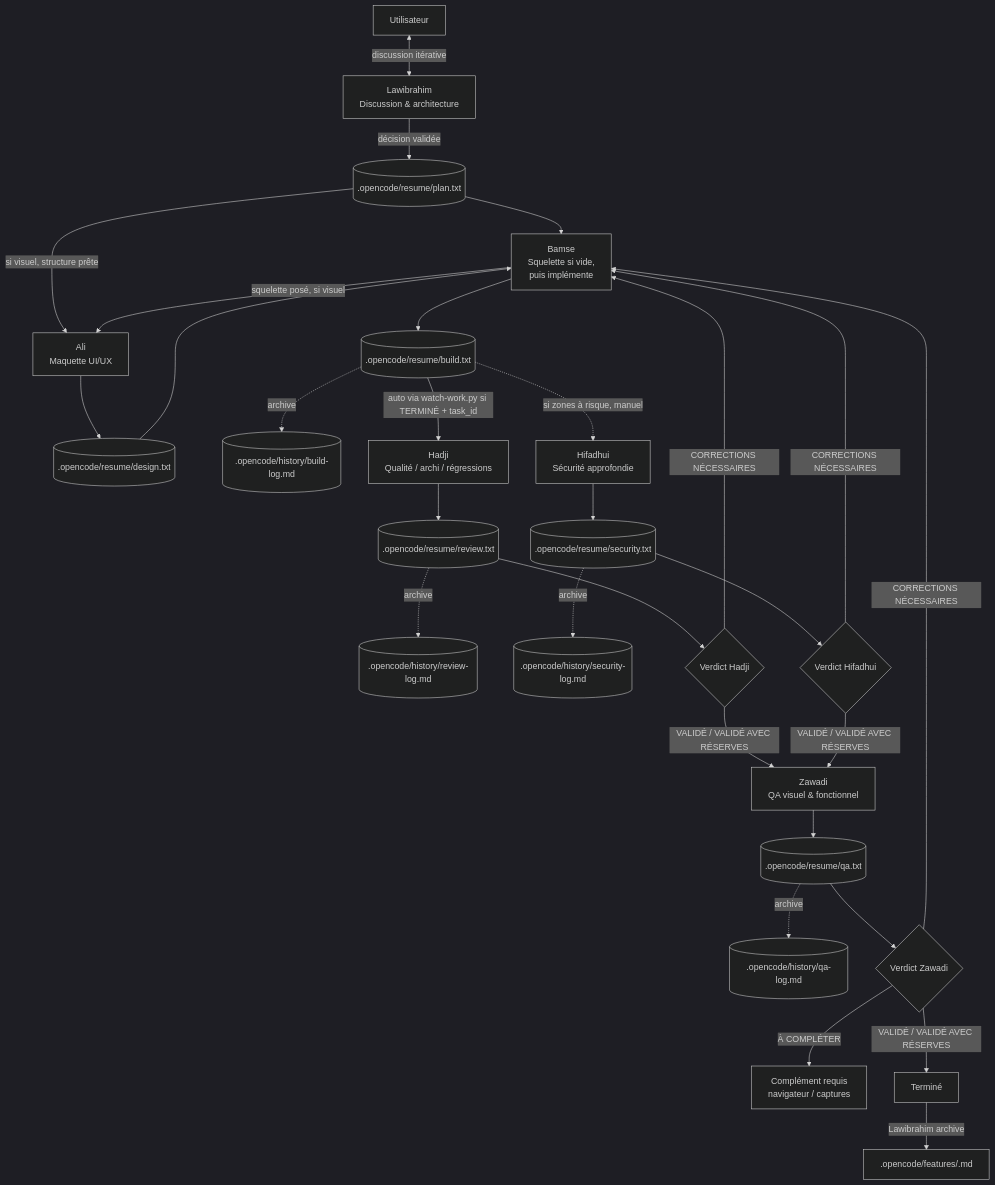
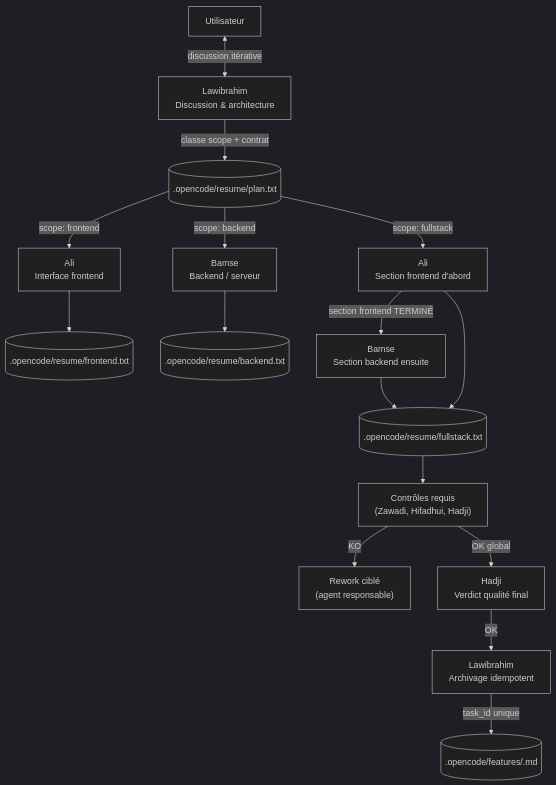
Before and after one commit to sayrhazi/sayrhazi: the diagram in README.md, drawn with Mermaid (dark theme). The commit also changed other lines of this file and 66 other files, not shown here.

Commit message:
feat(core): renommage des rôles système designer→build-front et builder→build-back avec rétrocompatibilité ROLE_ALIASES

````diff
--- a/README.md
+++ b/README.md
@@ -30,31 +30,17 @@
 ```mermaid
 flowchart TD
     User["Utilisateur"] <-->|discussion itérative| Lawibrahim["Lawibrahim<br/>Discussion & architecture"]
-    Lawibrahim -->|décision validée| plan[(".opencode/resume/plan.txt")]
-    plan --> Bamse["Bamse<br/>Squelette si vide,<br/>puis implémente"]
-    plan -->|si visuel, structure prête| Ali["Ali<br/>Maquette UI/UX"]
-    Bamse -->|squelette posé, si visuel| Ali
-    Ali --> design[(".opencode/resume/design.txt")]
-    design --> Bamse
-    Bamse --> build[(".opencode/resume/build.txt")]
-    build -.->|archive| buildlog[(".opencode/history/build-log.md")]
-    build -->|auto via watch-work.py si TERMINÉ + task_id| Hadji["Hadji<br/>Qualité / archi / régressions"]
-    build -.->|si zones à risque, manuel| Hifadhui["Hifadhui<br/>Sécurité approfondie"]
-    Hadji --> review[(".opencode/resume/review.txt")]
-    Hifadhui --> security[(".opencode/resume/security.txt")]
-    review -.->|archive| reviewlog[(".opencode/history/review-log.md")]
-    security -.->|archive| securitylog[(".opencode/history/security-log.md")]
-    review --> V1{Verdict Hadji}
-    security --> V2{Verdict Hifadhui}
-    V1 -->|CORRECTIONS NÉCESSAIRES| Bamse
-    V2 -->|CORRECTIONS NÉCESSAIRES| Bamse
-    V1 -->|VALIDÉ / VALIDÉ AVEC RÉSERVES| Zawadi["Zawadi<br/>QA visuel & fonctionnel"]
-    V2 -->|VALIDÉ / VALIDÉ AVEC RÉSERVES| Zawadi
-    Zawadi --> qa[(".opencode/resume/qa.txt")]
-    qa -.->|archive| qalog[(".opencode/history/qa-log.md")]
-    qa --> V3{Verdict Zawadi}
-    V3 -->|CORRECTIONS NÉCESSAIRES| Bamse
-    V3 -->|À COMPLÉTER| Attente["Complément requis<br/>navigateur / captures"]
-    V3 -->|VALIDÉ / VALIDÉ AVEC RÉSERVES| Fin["Terminé"]
-    Fin -->|Lawibrahim archive| features[".opencode/features/<nom>.md"]
+    Lawibrahim -->|classe scope + contrat| plan[(".opencode/resume/plan.txt")]
+    plan -->|scope: frontend| AliF["Ali<br/>Interface frontend"]
+    plan -->|scope: backend| BamseB["Bamse<br/>Backend / serveur"]
+    plan -->|scope: fullstack| AliFS["Ali<br/>Section frontend d'abord"]
+    AliFS -->|section frontend TERMINÉ| BamseFS["Bamse<br/>Section backend ensuite"]
+    AliF --> frontend[(".opencode/resume/frontend.txt")]
+    BamseB --> backend[(".opencode/resume/backend.txt")]
+    AliFS & BamseFS --> fullstack[(".opencode/resume/fullstack.txt")]
+    fullstack --> contrôles["Contrôles requis<br/>(Zawadi, Hifadhui, Hadji)"]
+    contrôles -->|KO| rework["Rework ciblé<br/>(agent responsable)"]
+    contrôles -->|OK global| Hadji["Hadji<br/>Verdict qualité final"]
+    Hadji -->|OK| LawibrahimA["Lawibrahim<br/>Archivage idempotent"]
+    LawibrahimA -->|task_id unique| features[(".opencode/features/<nom>.md")]
 ```
````
